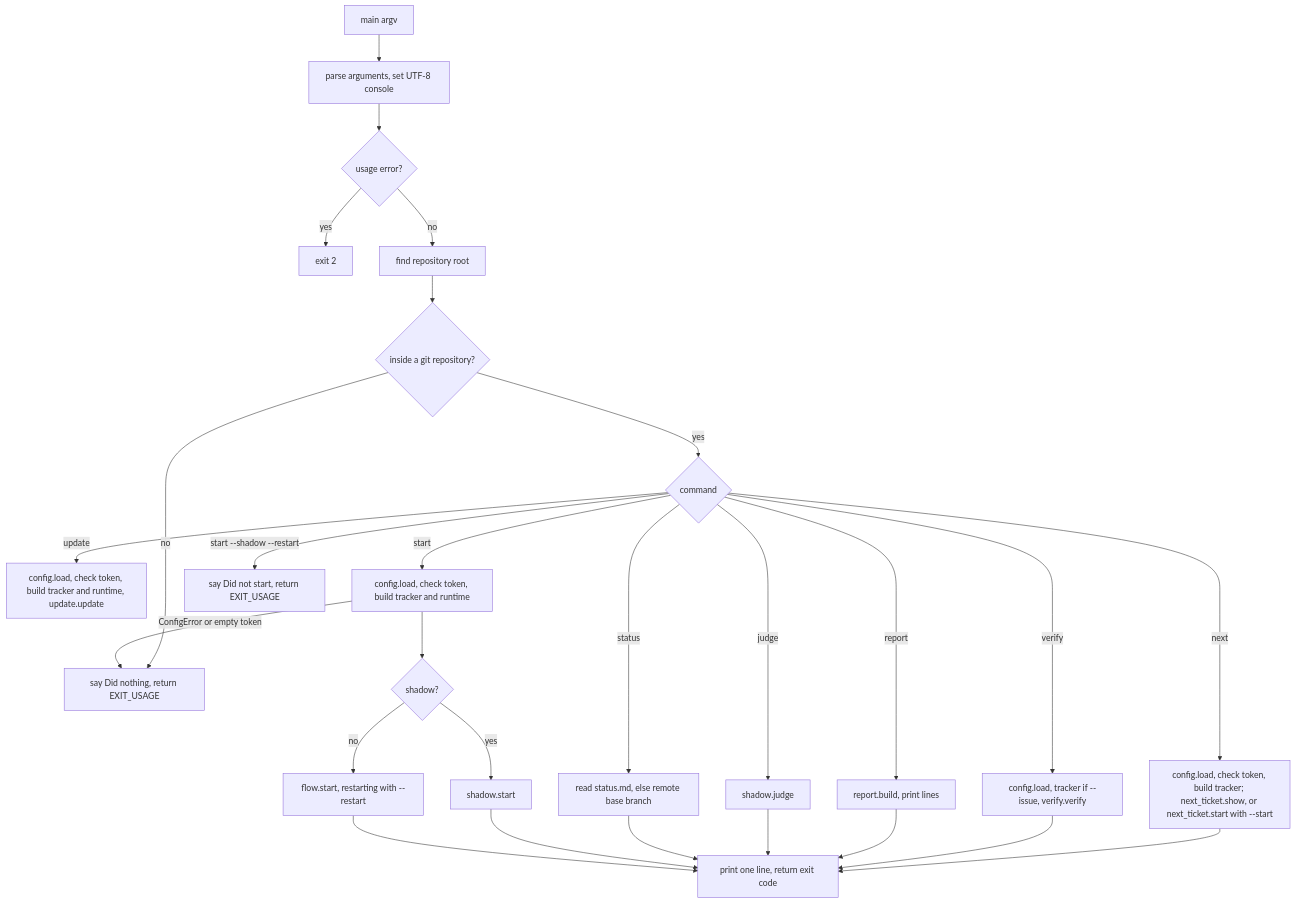
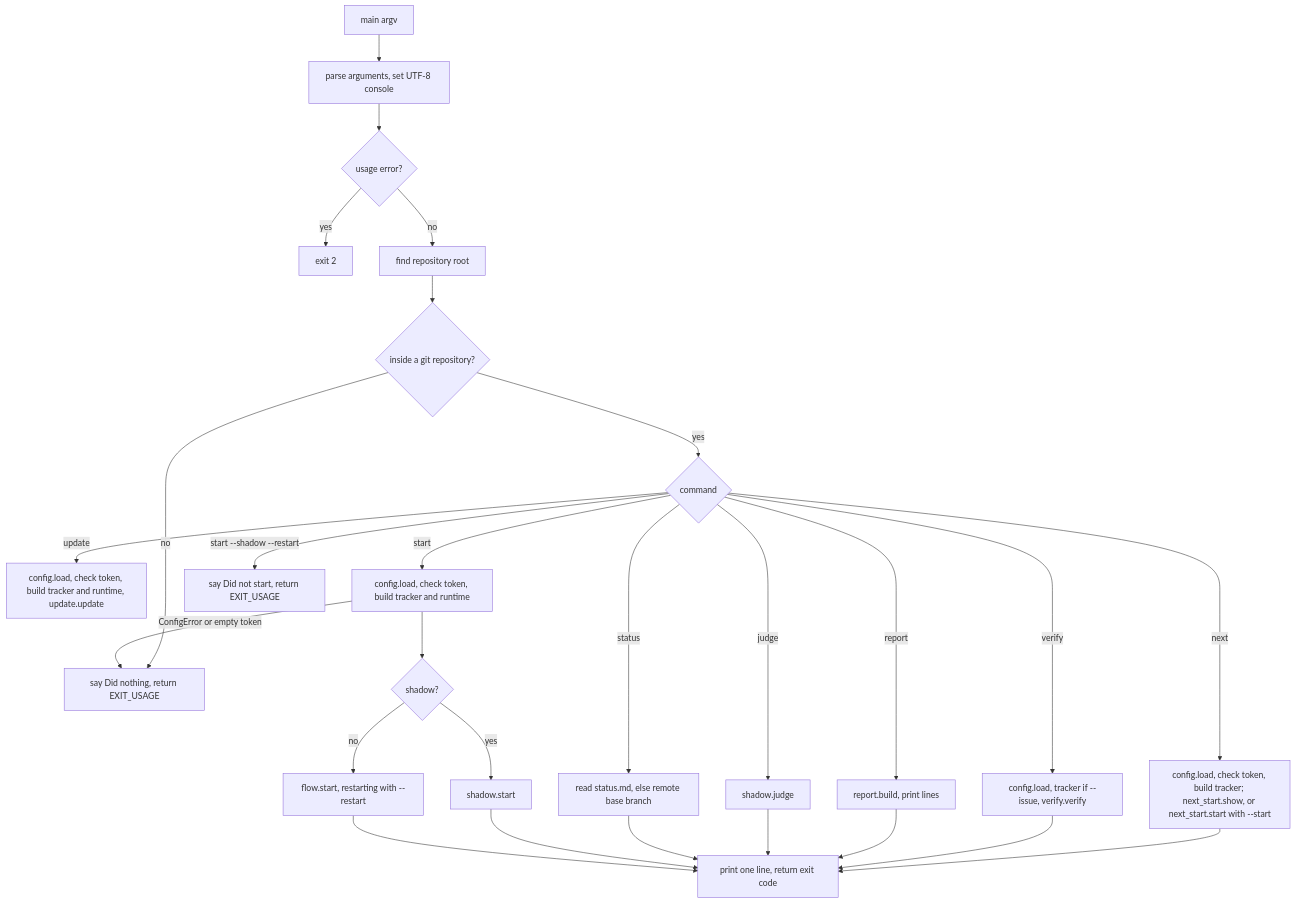
Before and after one commit to plaplanche/ariane: the first of 3 diagrams in docs/architecture/modules/cli.md, drawn with Mermaid. The commit also changed other lines of this file and 27 other files, not shown here.

````diff
--- a/docs/architecture/modules/cli.md
+++ b/docs/architecture/modules/cli.md
@@ -26,30 +26,30 @@
 ```mermaid
 flowchart TD
   A[main argv] --> B[parse arguments, set UTF-8 console]
   B --> C{usage error?}
   C -- yes --> X[exit 2]
   C -- no --> D[find repository root]
   D --> E{inside a git repository?}
   E -- no --> U[say Did nothing, return EXIT_USAGE]
   E -- yes --> F{command}
   F -- report --> R[report.build, print lines]
   F -- judge --> J[shadow.judge]
   F -- verify --> V[config.load, tracker if --issue, verify.verify]
   F -- update --> W[config.load, check token, build tracker and runtime, update.update]
   F -- status --> S[read status.md, else remote base branch]
-  F -- next --> N[config.load, check token, build tracker; next_ticket.show, or next_ticket.start with --start]
+  F -- next --> N[config.load, check token, build tracker; next_start.show, or next_start.start with --start]
   N --> Z
   F -- start --> T[config.load, check token, build tracker and runtime]
   F -- "start --shadow --restart" --> X2[say Did not start, return EXIT_USAGE]
   T --> G{shadow?}
   G -- yes --> H[shadow.start]
   G -- no --> I[flow.start, restarting with --restart]
   V --> Z
   R --> Z
   J --> Z
   S --> Z
   H --> Z
   I --> Z
   Z[print one line, return exit code]
   T -- ConfigError or empty token --> U
 ```
````
